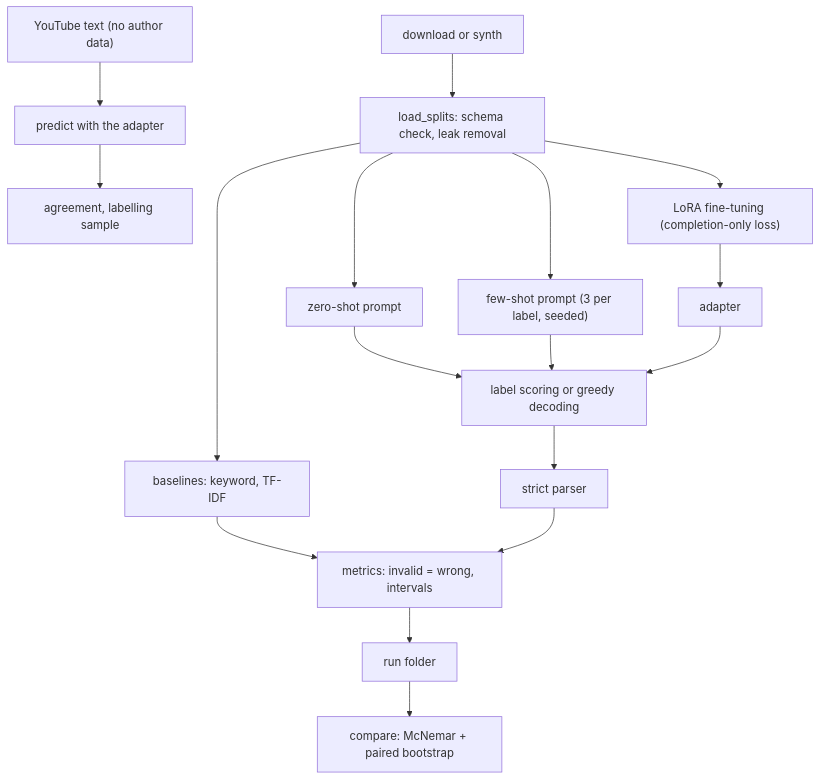
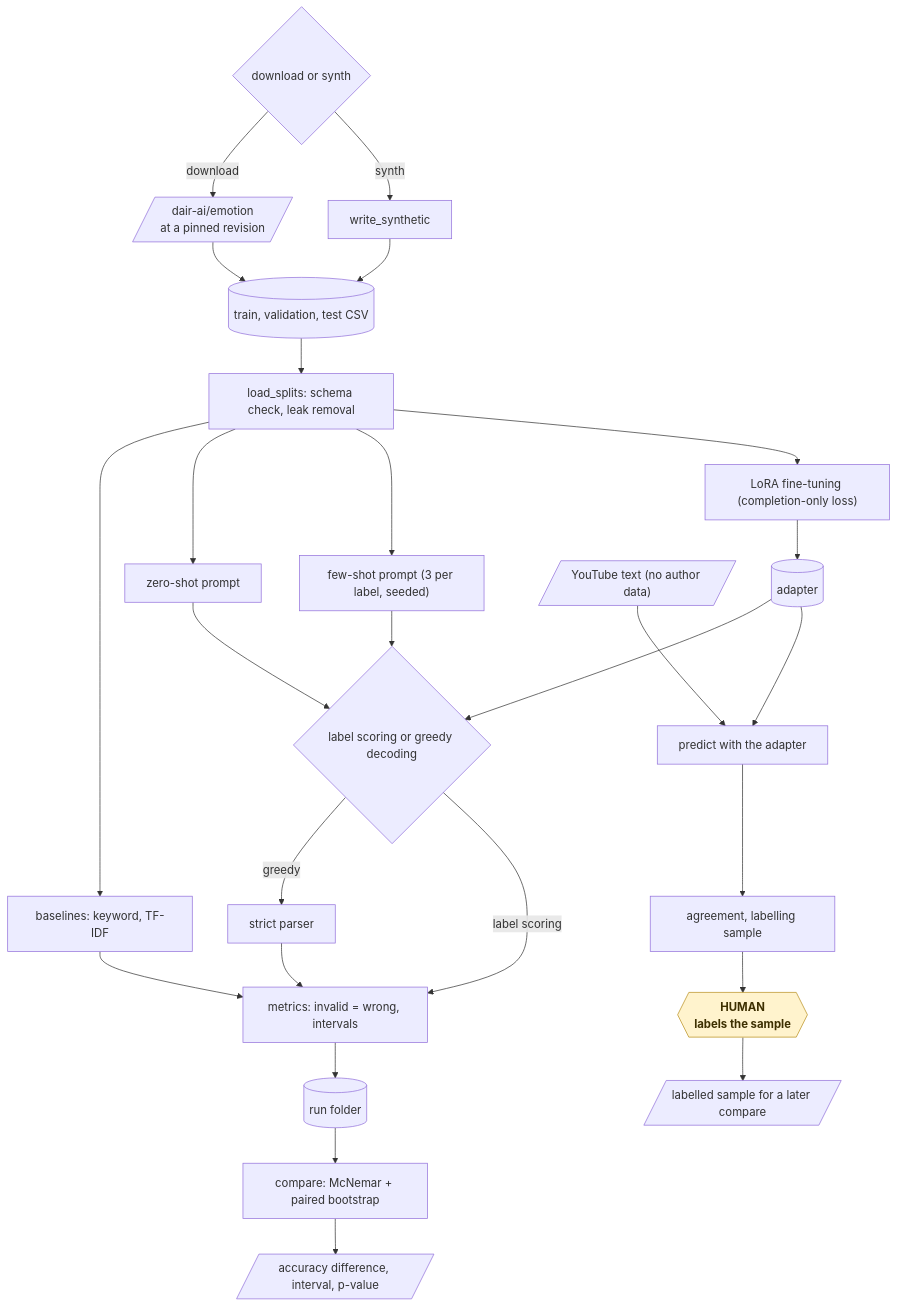
Before and after one commit to KrishnaAnnavaram/emotune: the sixth of 20 diagrams in README.md, drawn with Mermaid. The commit also changed other lines of this file, not shown here.

Commit message:
Add the workflow diagrams to the README

````diff
--- a/README.md
+++ b/README.md
@@ -195,17 +266,29 @@
 ```mermaid
-flowchart TB
-    DL["download or synth"] --> LOAD["load_splits: schema check, leak removal"]
+flowchart TD
+    DL{"download or synth"} -- "download" --> HUB[/"dair-ai/emotion<br/>at a pinned revision"/]
+    DL -- "synth" --> SYN["write_synthetic"]
+    HUB --> CSV[("train, validation, test CSV")]
+    SYN --> CSV
+    CSV --> LOAD["load_splits: schema check, leak removal"]
     LOAD --> BASE["baselines: keyword, TF-IDF"]
     LOAD --> ZS["zero-shot prompt"]
     LOAD --> FS["few-shot prompt (3 per label, seeded)"]
     LOAD --> FT["LoRA fine-tuning (completion-only loss)"]
-    ZS --> DEC["label scoring or greedy decoding"]
+    ZS --> DEC{"label scoring or greedy decoding"}
     FS --> DEC
-    FT --> AD["adapter"] --> DEC
-    DEC --> PAR["strict parser"]
+    FT --> AD[("adapter")] --> DEC
+    DEC -- "greedy" --> PAR["strict parser"]
+    DEC -- "label scoring" --> MET
     BASE --> MET["metrics: invalid = wrong, intervals"]
     PAR --> MET
-    MET --> RUN["run folder"]
+    MET --> RUN[("run folder")]
     RUN --> CMP["compare: McNemar + paired bootstrap"]
-    YT["YouTube text (no author data)"] --> PRED["predict with the adapter"] --> AGR["agreement, labelling sample"]
+    CMP --> RES[/"accuracy difference, interval, p-value"/]
+    YT[/"YouTube text (no author data)"/] --> PRED["predict with the adapter"] --> AGR["agreement, labelling sample"]
+    AD --> PRED
+    AGR --> HUMAN{{"HUMAN<br/>labels the sample"}}
+    HUMAN --> LBL[/"labelled sample for a later compare"/]
+
+    classDef human fill:#fff3cd,stroke:#b8901f,color:#3d2f00,font-weight:bold
+    class HUMAN human
 ```
````
